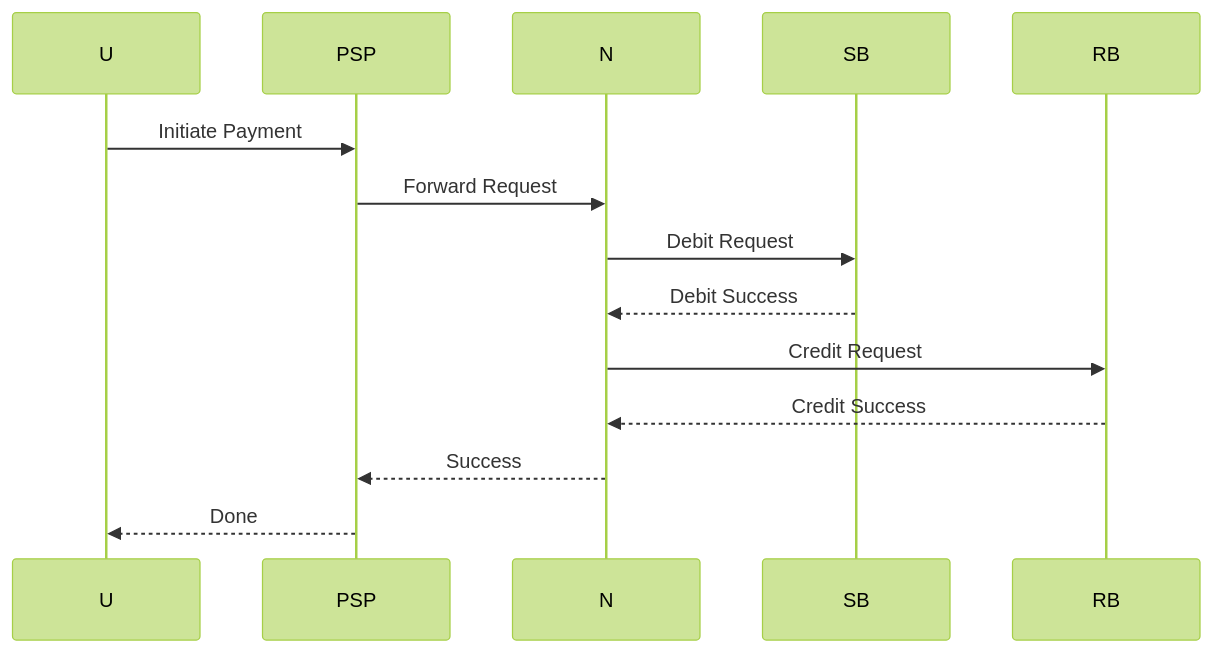
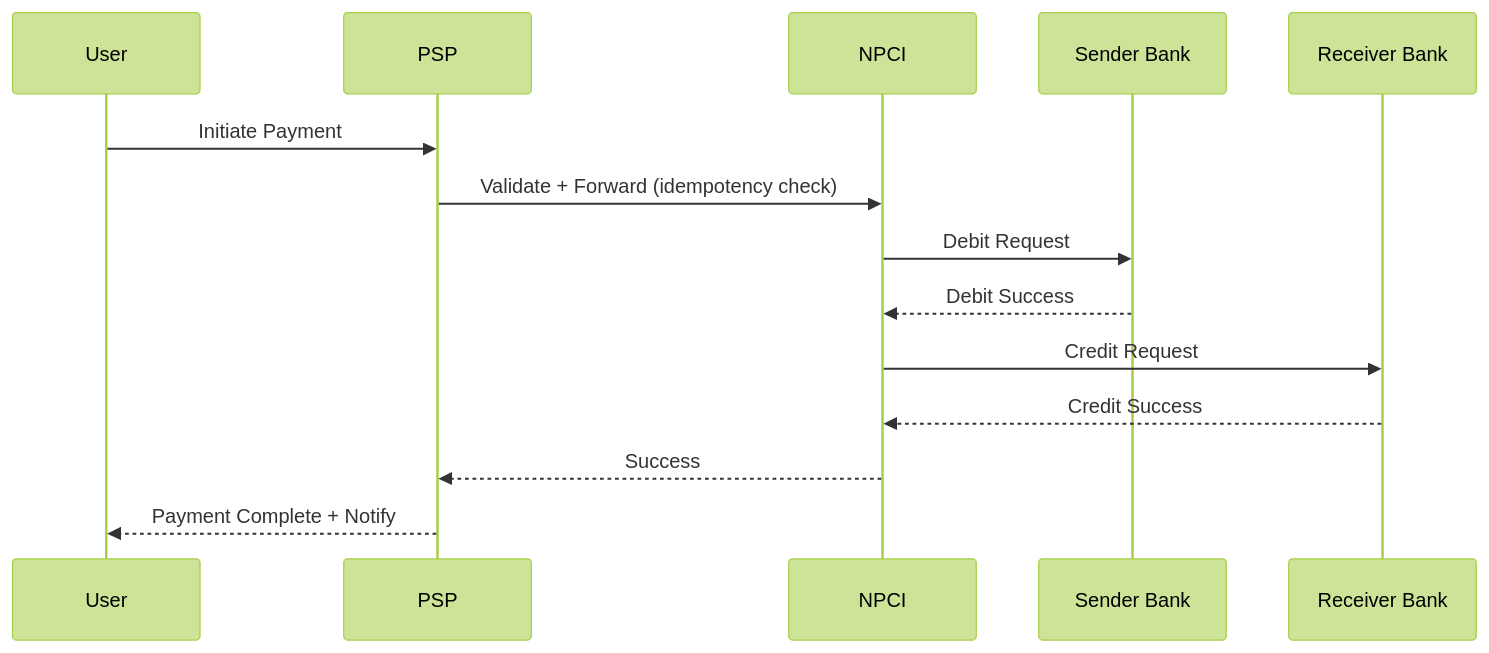
Before and after one commit to facileWizard/SystemDesgin: the third of 7 diagrams in UPI System Design.md, drawn with Mermaid (forest theme). The commit also changed other lines of this file, not shown here.

````diff
--- a/UPI System Design.md
+++ b/UPI System Design.md
@@ -61,17 +77,17 @@
 ```mermaid
 sequenceDiagram
-    participant U
+    participant U as User
     participant PSP
-    participant N
-    participant SB
-    participant RB
+    participant N as NPCI
+    participant SB as Sender Bank
+    participant RB as Receiver Bank
 
     U->>PSP: Initiate Payment
-    PSP->>N: Forward Request
+    PSP->>N: Validate + Forward (idempotency check)
     N->>SB: Debit Request
     SB-->>N: Debit Success
     N->>RB: Credit Request
     RB-->>N: Credit Success
     N-->>PSP: Success
-    PSP-->>U: Done
+    PSP-->>U: Payment Complete + Notify
 ```
````
